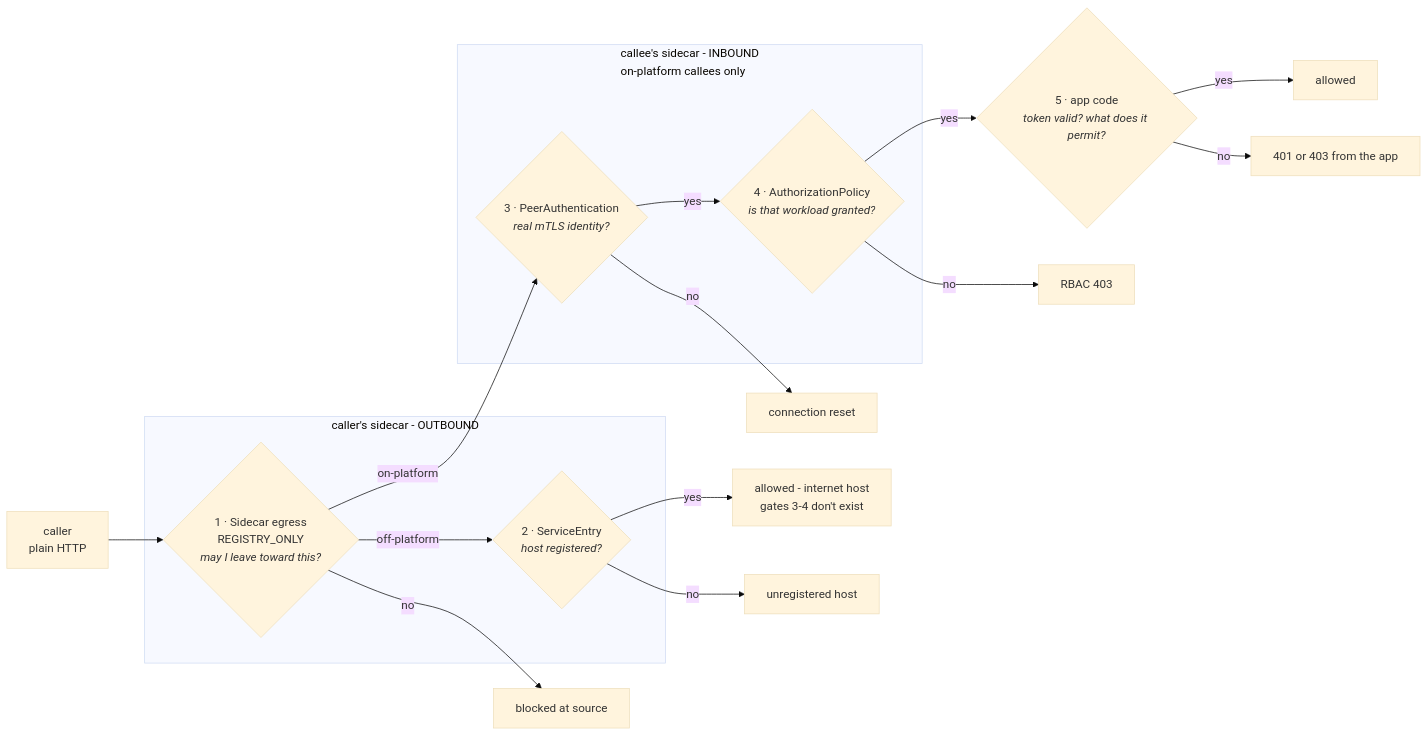
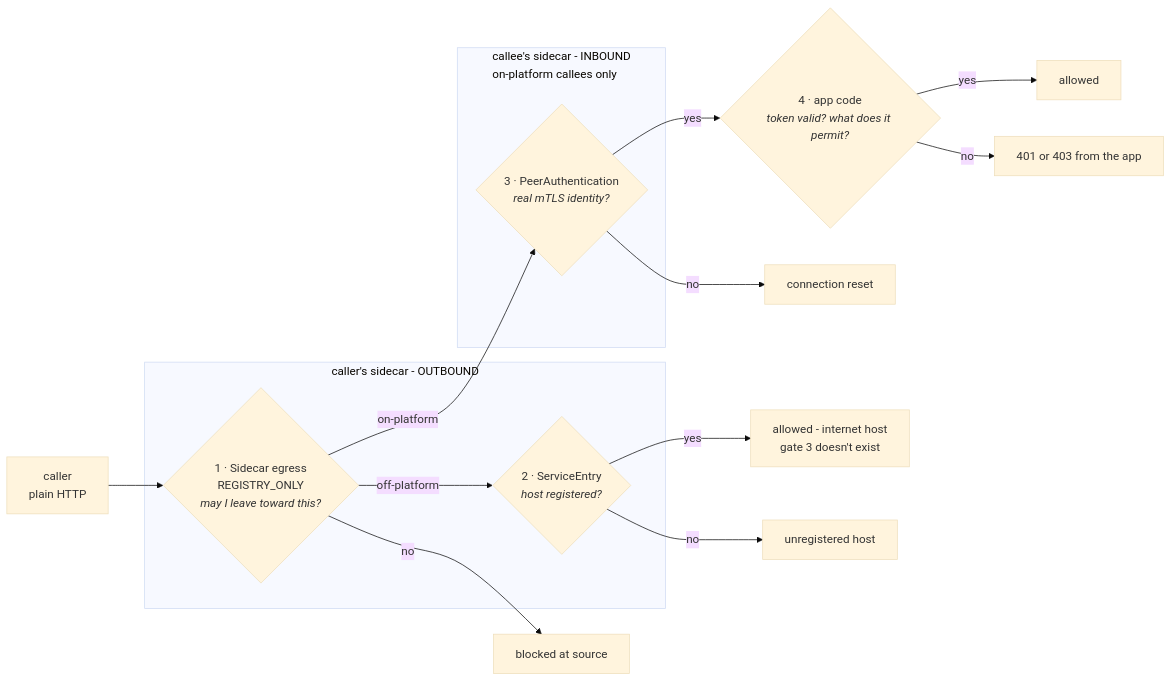
The diagram in platform/docs/connections.md (cujarrett/homelab), drawn with Mermaid (base theme) before and after one commit. The commit also changed other lines of this file and 9 other files, not shown here.

Commit message:
feat: enforce connections on egress only, drop inbound AuthorizationPolicy

````diff
--- a/platform/docs/connections.md
+++ b/platform/docs/connections.md
@@ -28,27 +28,24 @@
 ```mermaid
 flowchart LR
     APP["caller<br/>plain HTTP"] --> G1
 
     subgraph OUT["caller's sidecar - OUTBOUND"]
       G1{"1 · Sidecar egress<br/>REGISTRY_ONLY<br/><i>may I leave toward this?</i>"}
       G2{"2 · ServiceEntry<br/><i>host registered?</i>"}
     end
 
     subgraph IN["callee's sidecar - INBOUND<br/>on-platform callees only"]
       G3{"3 · PeerAuthentication<br/><i>real mTLS identity?</i>"}
-      G4{"4 · AuthorizationPolicy<br/><i>is that workload granted?</i>"}
-      G3 -->|yes| G4
     end
 
     G1 -->|"on-platform"| G3
     G1 -->|"off-platform"| G2
-    G2 -->|yes| NET["allowed - internet host<br/>gates 3-4 don't exist"]
-    G4 -->|yes| G5{"5 · app code<br/><i>token valid? what does it permit?</i>"}
-    G5 -->|yes| DST["allowed"]
+    G2 -->|yes| NET["allowed - internet host<br/>gate 3 doesn't exist"]
+    G3 -->|yes| G4{"4 · app code<br/><i>token valid? what does it permit?</i>"}
+    G4 -->|yes| DST["allowed"]
 
     G1 -->|no| D1["blocked at source"]
     G2 -->|no| D2["unregistered host"]
     G3 -->|no| D3["connection reset"]
-    G4 -->|no| D4["RBAC 403"]
-    G5 -->|no| D5["401 or 403 from the app"]
+    G4 -->|no| D4["401 or 403 from the app"]
 ```
````
